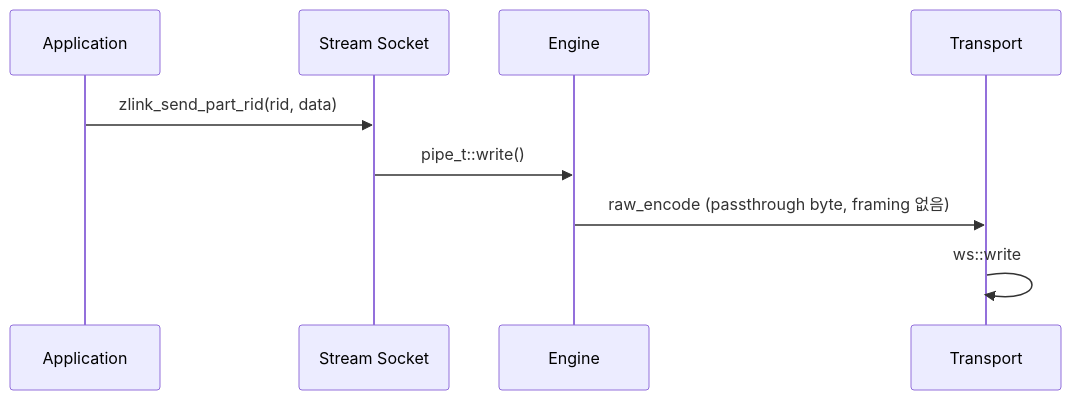
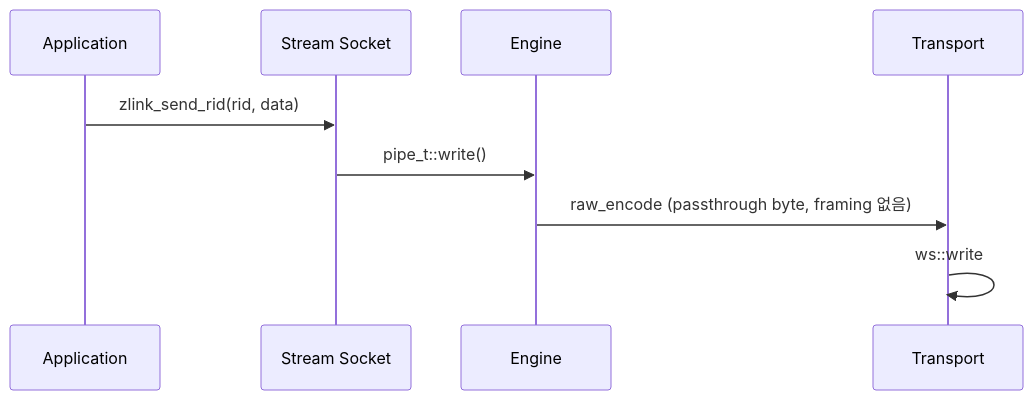
One commit to zlink-systems/zlink changed the diagram in core/doc/spec/core/socket/08-stream.ko.md. Above: the diagram before and after it, drawn with Mermaid. The commit also changed other lines of this file and 34 other files, not shown here.

````diff
--- a/core/doc/spec/core/socket/08-stream.ko.md
+++ b/core/doc/spec/core/socket/08-stream.ko.md
@@ -299,12 +295,12 @@
 ```mermaid
 sequenceDiagram
     participant App as Application
     participant SS as Stream Socket
     participant Eng as Engine
     participant Tr as Transport
 
-    App->>SS: zlink_send_part_rid(rid, data)
+    App->>SS: zlink_send_rid(rid, data)
     SS->>Eng: pipe_t::write()
     Eng->>Tr: raw_encode (passthrough byte, framing 없음)
     Tr->>Tr: ws::write
 ```
````
